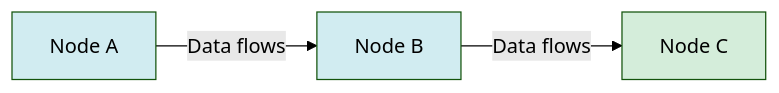
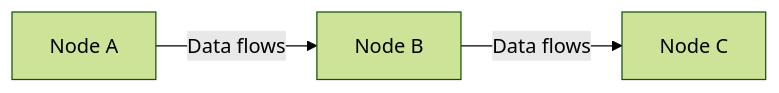
One commit to wtoloza-dev/ZTH-n8n-Engineer changed the seventh of 11 diagrams in lessons/01-foundations/theory/03-how-it-works.md. Above: the diagram before and after it, drawn with Mermaid (forest theme). The commit also changed other lines of this file and 31 other files, not shown here.

````diff
--- a/lessons/01-foundations/theory/03-how-it-works.md
+++ b/lessons/01-foundations/theory/03-how-it-works.md
@@ -191,9 +176,5 @@
 ```mermaid
 graph LR
     A[Node A] -->|Data flows| B[Node B]
     B -->|Data flows| C[Node C]
-    
-    style A fill:#d1ecf1
-    style B fill:#d1ecf1
-    style C fill:#d4edda
 ```
````
